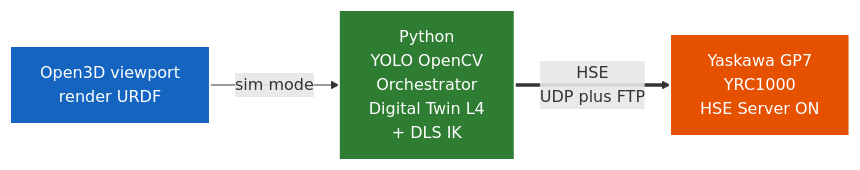
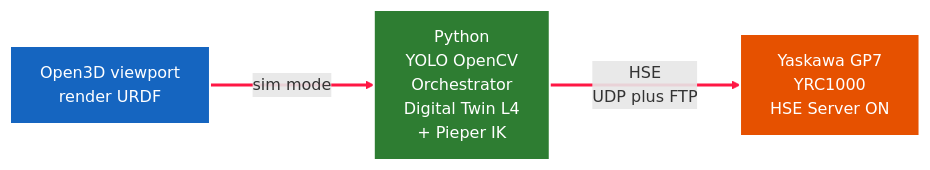
The first of 2 diagrams in README.md (manhhv87/DTwinGP7), drawn with Mermaid before and after one commit. The commit also changed other lines of this file and 26 other files, not shown here.

````diff
--- a/README.md
+++ b/README.md
@@ -19,9 +19,11 @@
 ```mermaid
+%%{init: {'flowchart': {'nodeSpacing': 60, 'rankSpacing': 85, 'useMaxWidth': false}}}%%
 graph LR
-    A[Open3D viewport<br/>render URDF] -->|sim mode| B[Python<br/>YOLO OpenCV<br/>Orchestrator<br/>Digital Twin L4<br/>+ DLS IK]
+    A[Open3D viewport<br/>render URDF] -->|sim mode| B[Python<br/>YOLO OpenCV<br/>Orchestrator<br/>Digital Twin L4<br/>+ Pieper IK]
     B ==>|HSE<br/>UDP plus FTP| GP7[Yaskawa GP7<br/>YRC1000<br/>HSE Server ON]
 
     style A fill:#1565C0,stroke:#fff,stroke-width:2px,color:#fff
     style B fill:#2E7D32,stroke:#fff,stroke-width:2px,color:#fff
     style GP7 fill:#E65100,stroke:#fff,stroke-width:2px,color:#fff
+    linkStyle default stroke:#FF1744,stroke-width:3px
 ```
````
